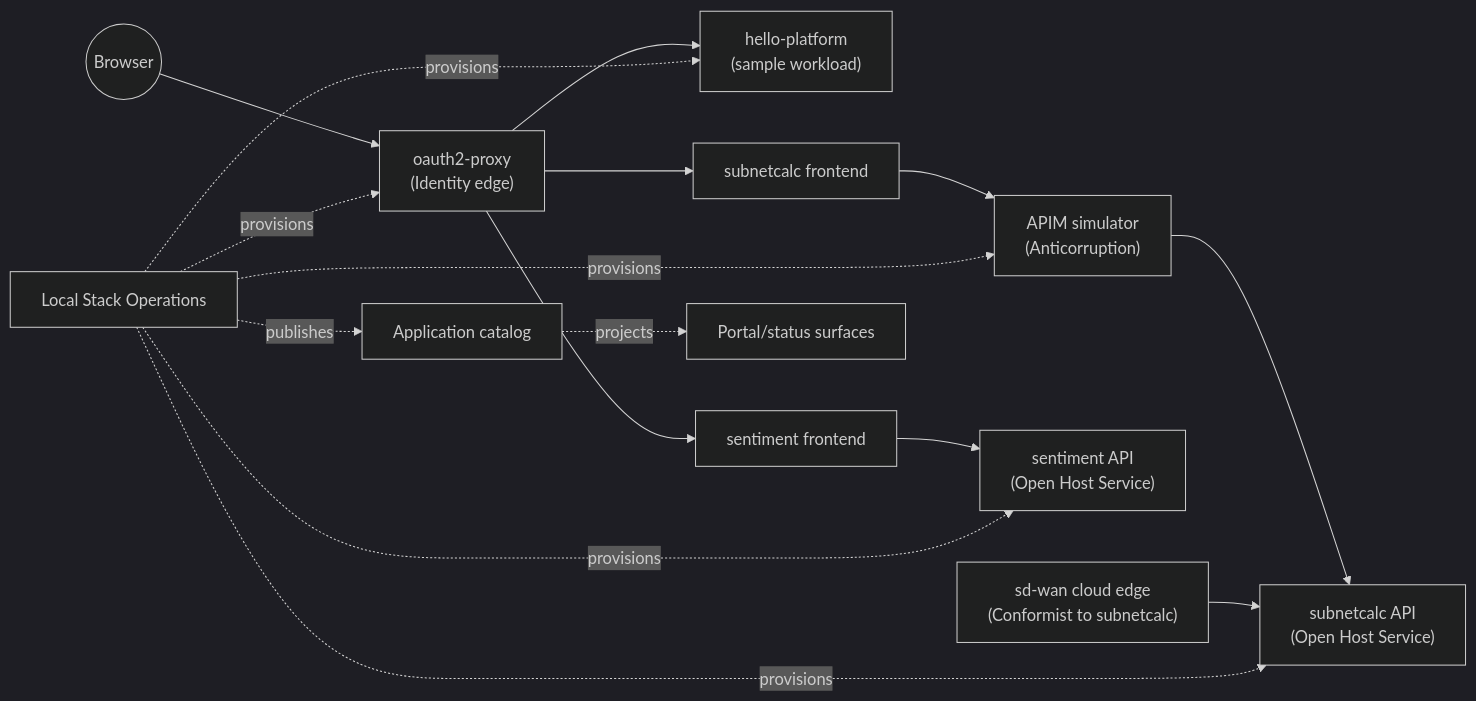
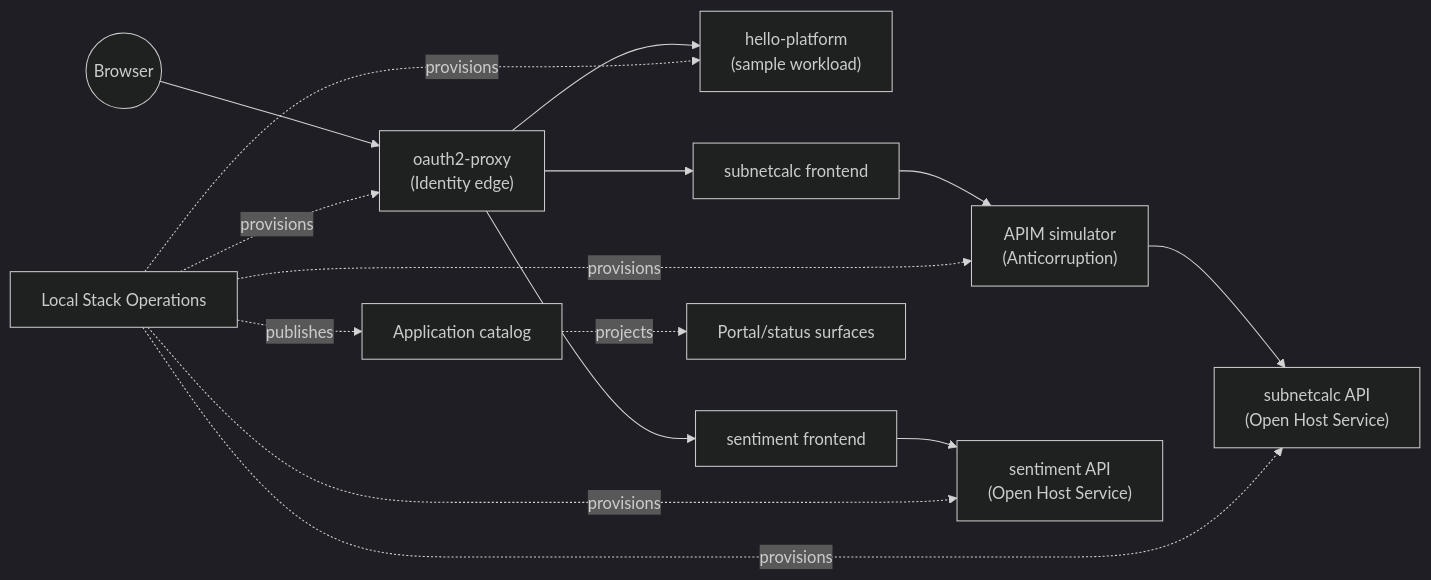
Before and after one commit to nickromney/platform: the diagram in docs/ddd/contracts.md, drawn with Mermaid (dark theme). The commit also changed other lines of this file and 110 other files, not shown here.

````diff
--- a/docs/ddd/contracts.md
+++ b/docs/ddd/contracts.md
@@ -26,31 +26,29 @@
 ```mermaid
 flowchart LR
     User((Browser))
     OAuth["oauth2-proxy<br/>(Identity edge)"]
     APIM["APIM simulator<br/>(Anticorruption)"]
     Hello["hello-platform<br/>(sample workload)"]
     SubnetFE["subnetcalc frontend"]
     SubnetAPI["subnetcalc API<br/>(Open Host Service)"]
     SentFE["sentiment frontend"]
     SentAPI["sentiment API<br/>(Open Host Service)"]
-    SDWAN["sd-wan cloud edge<br/>(Conformist to subnetcalc)"]
     StackOps["Local Stack Operations"]
     Catalog["Application catalog"]
     Portal["Portal/status surfaces"]
 
     User --> OAuth
     OAuth --> Hello
     OAuth --> SubnetFE
     OAuth --> SentFE
     SubnetFE --> APIM
     APIM --> SubnetAPI
     SentFE --> SentAPI
-    SDWAN --> SubnetAPI
     StackOps -. provisions .-> OAuth
     StackOps -. provisions .-> Hello
     StackOps -. provisions .-> APIM
     StackOps -. provisions .-> SubnetAPI
     StackOps -. provisions .-> SentAPI
     StackOps -. publishes .-> Catalog
     Catalog -. projects .-> Portal
 ```
````
